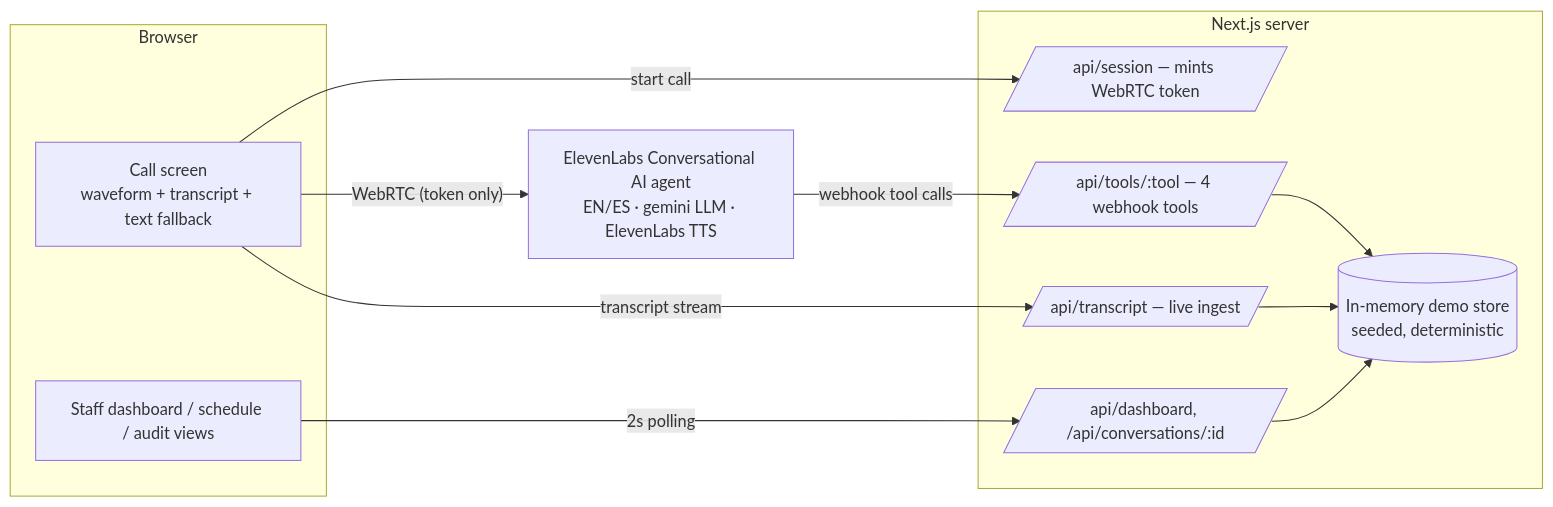
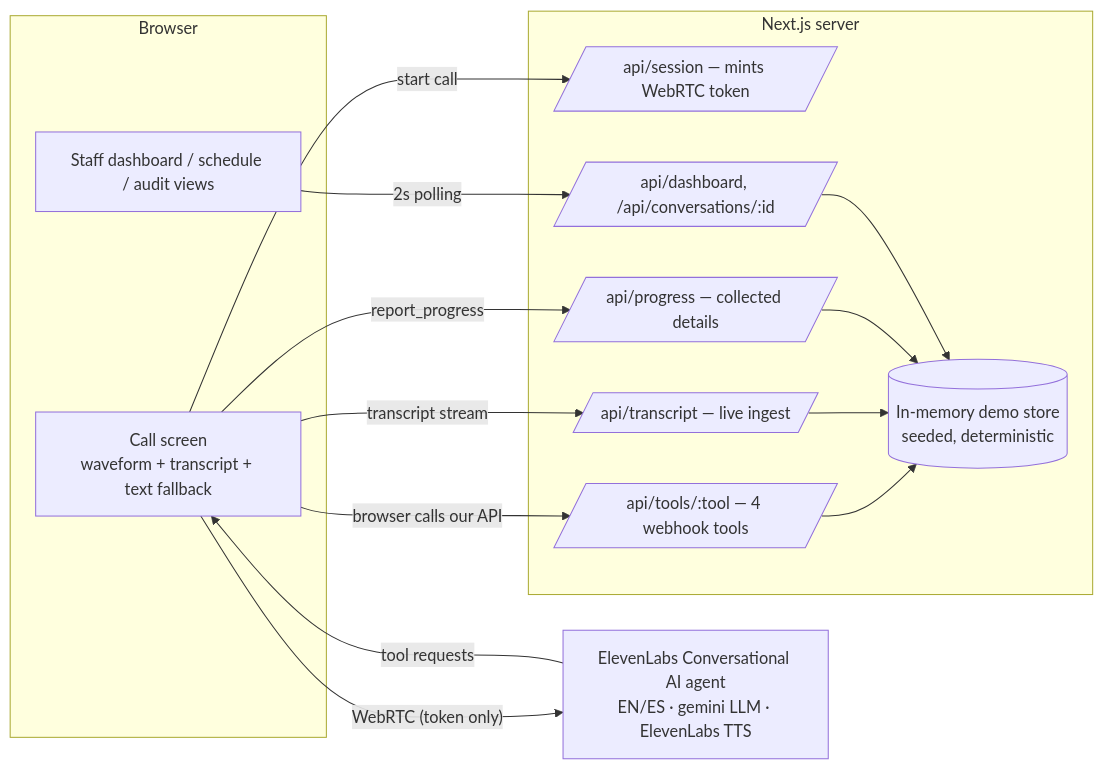
One commit to CarlosJ0915/shoptalk-ai changed the diagram in docs/ARCHITECTURE.md. Above: the diagram before and after it, drawn with Mermaid. The commit also changed other lines of this file and 6 other files, not shown here.

````diff
--- a/docs/ARCHITECTURE.md
+++ b/docs/ARCHITECTURE.md
@@ -15,21 +15,25 @@
 ```mermaid
 flowchart LR
   subgraph Browser
     C[Call screen<br/>waveform + transcript + text fallback]
     D[Staff dashboard / schedule / audit views]
   end
   subgraph Next.js server
     S[/api/session — mints WebRTC token/]
     T[/api/tools/:tool — 4 webhook tools/]
     TR[/api/transcript — live ingest/]
+    P[/api/progress — collected details/]
     A[/api/dashboard, /api/conversations/:id/]
     ST[(In-memory demo store<br/>seeded, deterministic)]
   end
   E[ElevenLabs Conversational AI agent<br/>EN/ES · gemini LLM · ElevenLabs TTS]
 
   C -- WebRTC (token only) --> E
-  E -- webhook tool calls --> T --> ST
+  E -- tool requests --> C
+  C -- browser calls our API --> T
+  T --> ST
   C -- transcript stream --> TR --> ST
+  C -- report_progress --> P --> ST
   C -- start call --> S
   D -- 2s polling --> A --> ST
 ```
````
